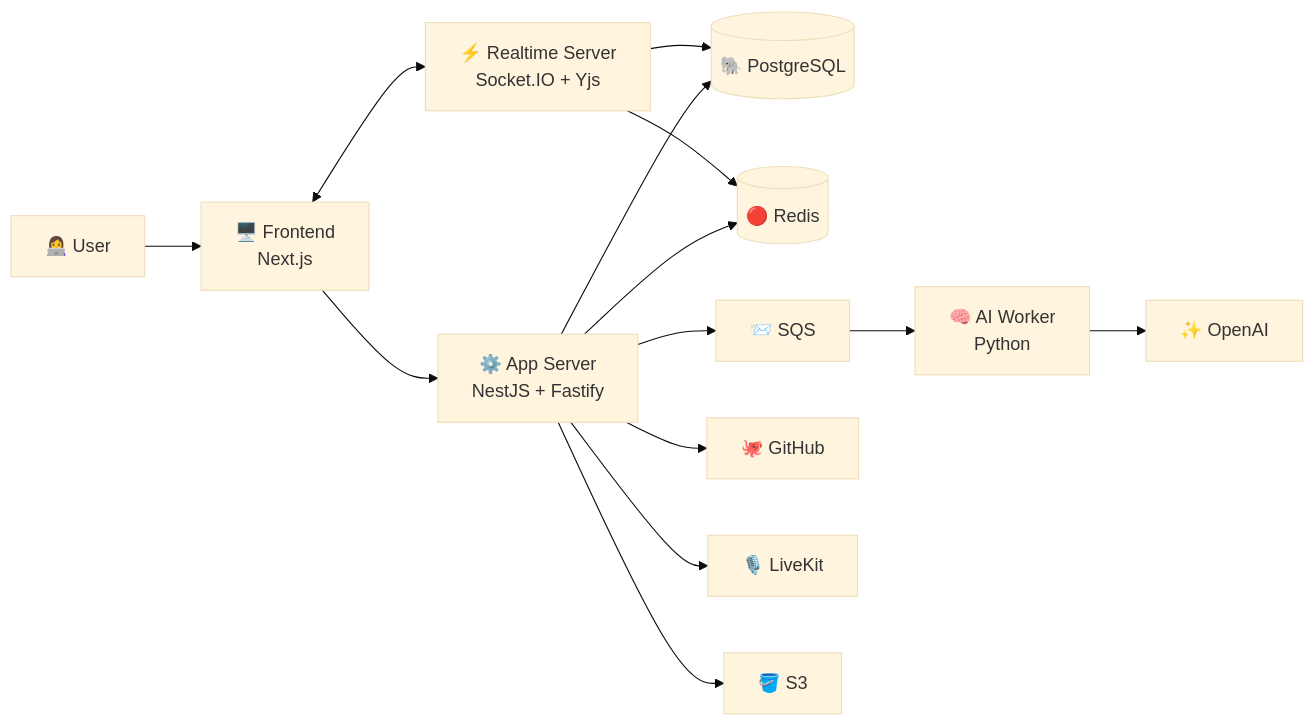
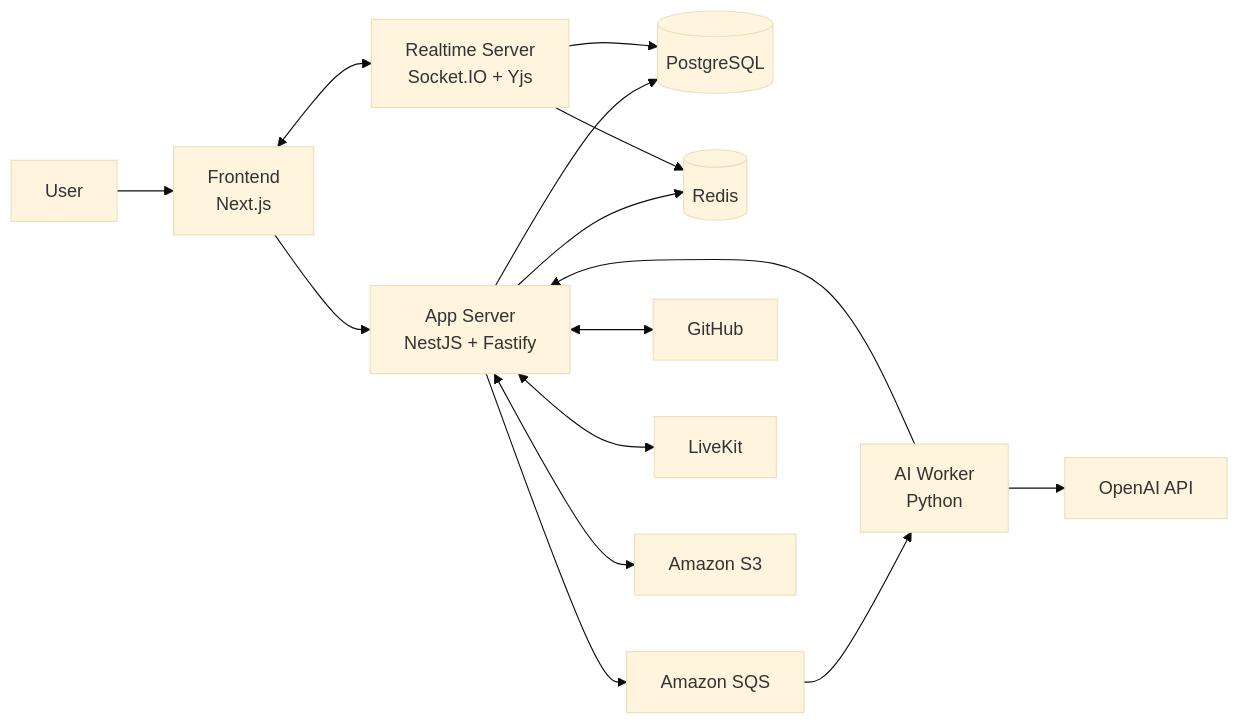
Before and after one commit to Developer-EJ/PILO: the diagram in README.md, drawn with Mermaid (base theme). The commit also changed other lines of this file, not shown here.

````diff
--- a/README.md
+++ b/README.md
@@ -52,16 +154,20 @@
 ```mermaid
 flowchart LR
-    U["👩‍💻 User"] --> F["🖥️ Frontend<br/>Next.js"]
-    F --> A["⚙️ App Server<br/>NestJS + Fastify"]
-    F <--> R["⚡ Realtime Server<br/>Socket.IO + Yjs"]
-    A --> P[("🐘 PostgreSQL")]
-    A --> C[("🔴 Redis")]
+    U["User"] --> F["Frontend<br/>Next.js"]
+    F --> A["App Server<br/>NestJS + Fastify"]
+    F <--> R["Realtime Server<br/>Socket.IO + Yjs"]
+
+    A --> P[("PostgreSQL")]
+    A --> C[("Redis")]
     R --> P
     R --> C
-    A --> Q["📨 SQS"]
-    Q --> W["🧠 AI Worker<br/>Python"]
-    W --> O["✨ OpenAI"]
-    A --> G["🐙 GitHub"]
-    A --> L["🎙️ LiveKit"]
-    A --> S["🪣 S3"]
+
+    A --> Q["Amazon SQS"]
+    Q --> W["AI Worker<br/>Python"]
+    W --> O["OpenAI API"]
+    W --> A
+
+    A <--> G["GitHub"]
+    A <--> L["LiveKit"]
+    A <--> S["Amazon S3"]
 ```
````
